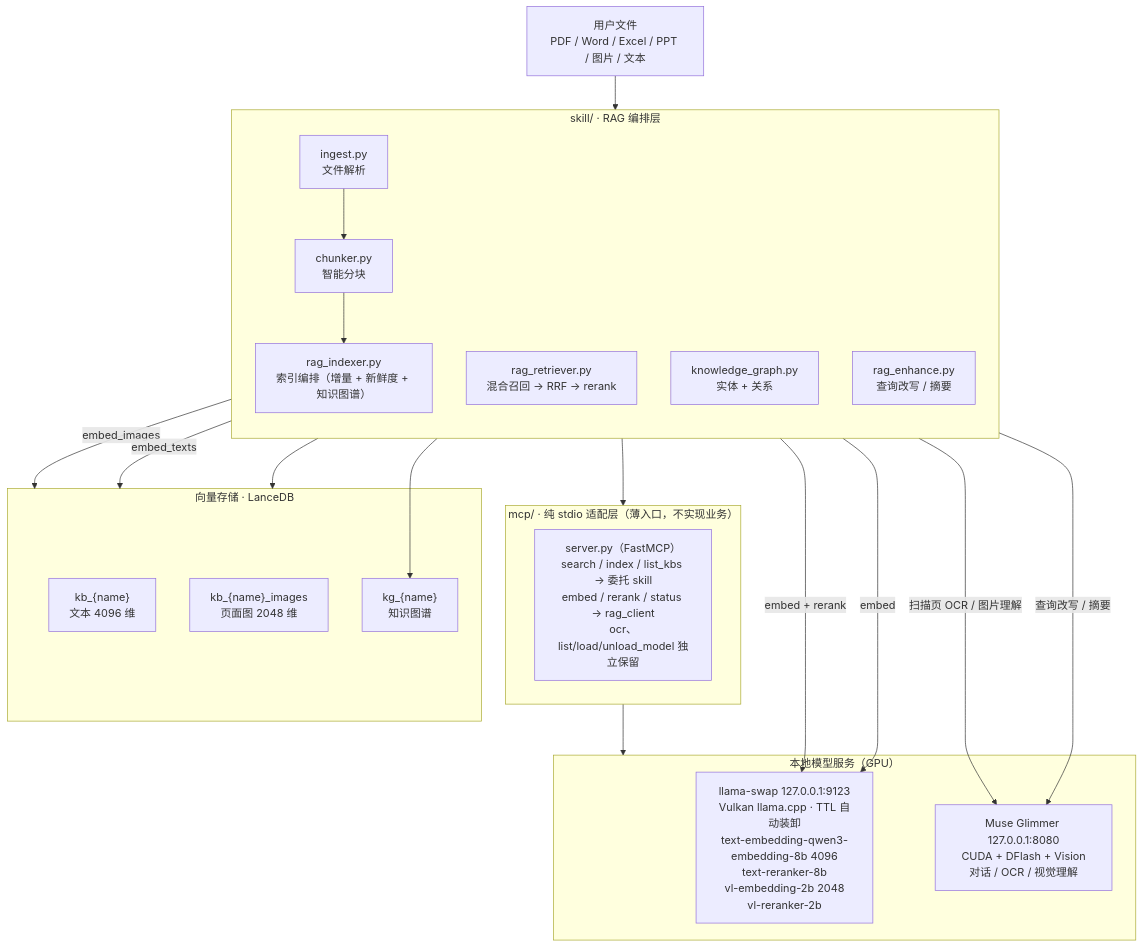
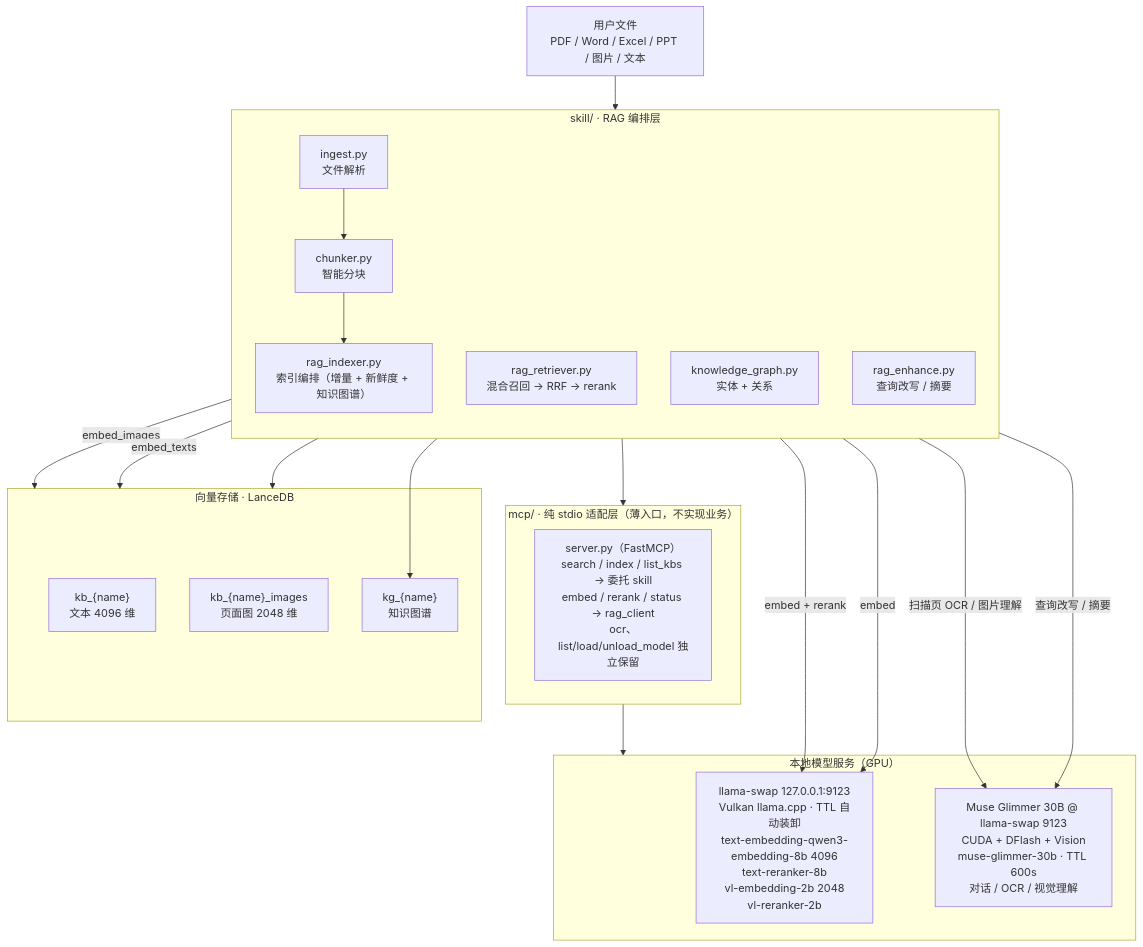
The diagram in README.md (KODxixi/local-model), drawn with Mermaid before and after one commit. The commit also changed other lines of this file and 8 other files, not shown here.

````diff
--- a/README.md
+++ b/README.md
@@ -11,42 +11,42 @@
 ```mermaid
 flowchart TB
     IN["用户文件<br/>PDF / Word / Excel / PPT / 图片 / 文本"]
 
     subgraph SKILL["skill/ · RAG 编排层"]
         direction TB
         ING["ingest.py<br/>文件解析"]
         CHK["chunker.py<br/>智能分块"]
         IDX["rag_indexer.py<br/>索引编排（增量 + 新鲜度 + 知识图谱）"]
         RET["rag_retriever.py<br/>混合召回 → RRF → rerank"]
         KG["knowledge_graph.py<br/>实体 + 关系"]
         ENH["rag_enhance.py<br/>查询改写 / 摘要"]
         ING --> CHK --> IDX
     end
 
     subgraph MCP["mcp/ · 纯 stdio 适配层（薄入口，不实现业务）"]
         SRV["server.py（FastMCP）<br/>search / index / list_kbs → 委托 skill<br/>embed / rerank / status → rag_client<br/>ocr、list/load/unload_model 独立保留"]
     end
 
     subgraph STORE["向量存储 · LanceDB"]
         T1["kb_{name}<br/>文本 4096 维"]
         T2["kb_{name}_images<br/>页面图 2048 维"]
         T3["kg_{name}<br/>知识图谱"]
     end
 
     subgraph MODELS["本地模型服务（GPU）"]
         LS["llama-swap 127.0.0.1:9123<br/>Vulkan llama.cpp · TTL 自动装卸<br/>text-embedding-qwen3-embedding-8b 4096<br/>text-reranker-8b<br/>vl-embedding-2b 2048<br/>vl-reranker-2b"]
-        MG["Muse Glimmer 127.0.0.1:8080<br/>CUDA + DFlash + Vision<br/>对话 / OCR / 视觉理解"]
+        MG["Muse Glimmer 30B @ llama-swap 9123<br/>CUDA + DFlash + Vision<br/>muse-glimmer-30b · TTL 600s<br/>对话 / OCR / 视觉理解"]
     end
 
     IN --> SKILL
     IDX -->|embed_images| STORE
     IDX -->|embed_texts| STORE
     RET --> STORE
     KG --> T3
     RET -->|embed + rerank| LS
     IDX -->|embed| LS
     ING -->|扫描页 OCR / 图片理解| MG
     ENH -->|查询改写 / 摘要| MG
     SKILL --> MCP
     MCP --> MODELS
 ```
````
